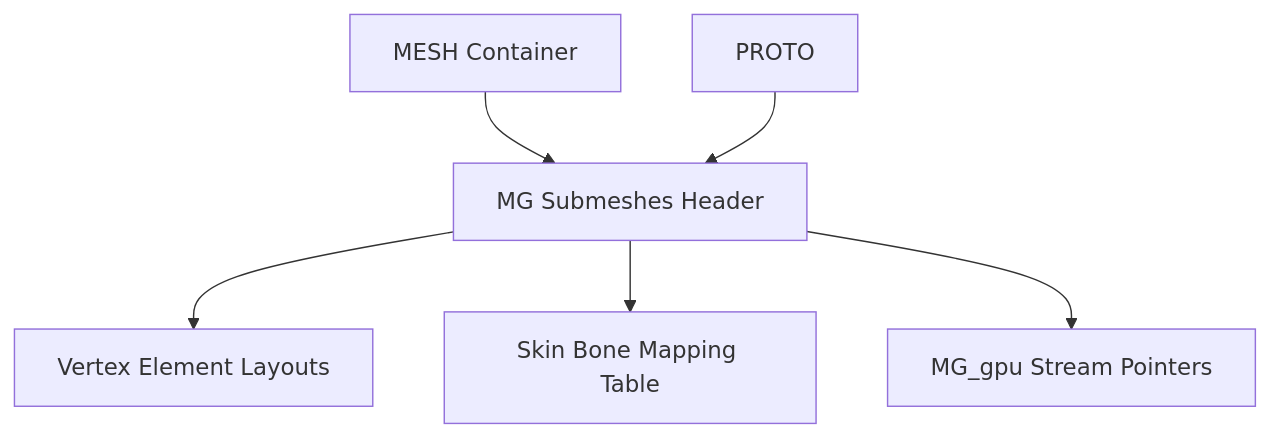
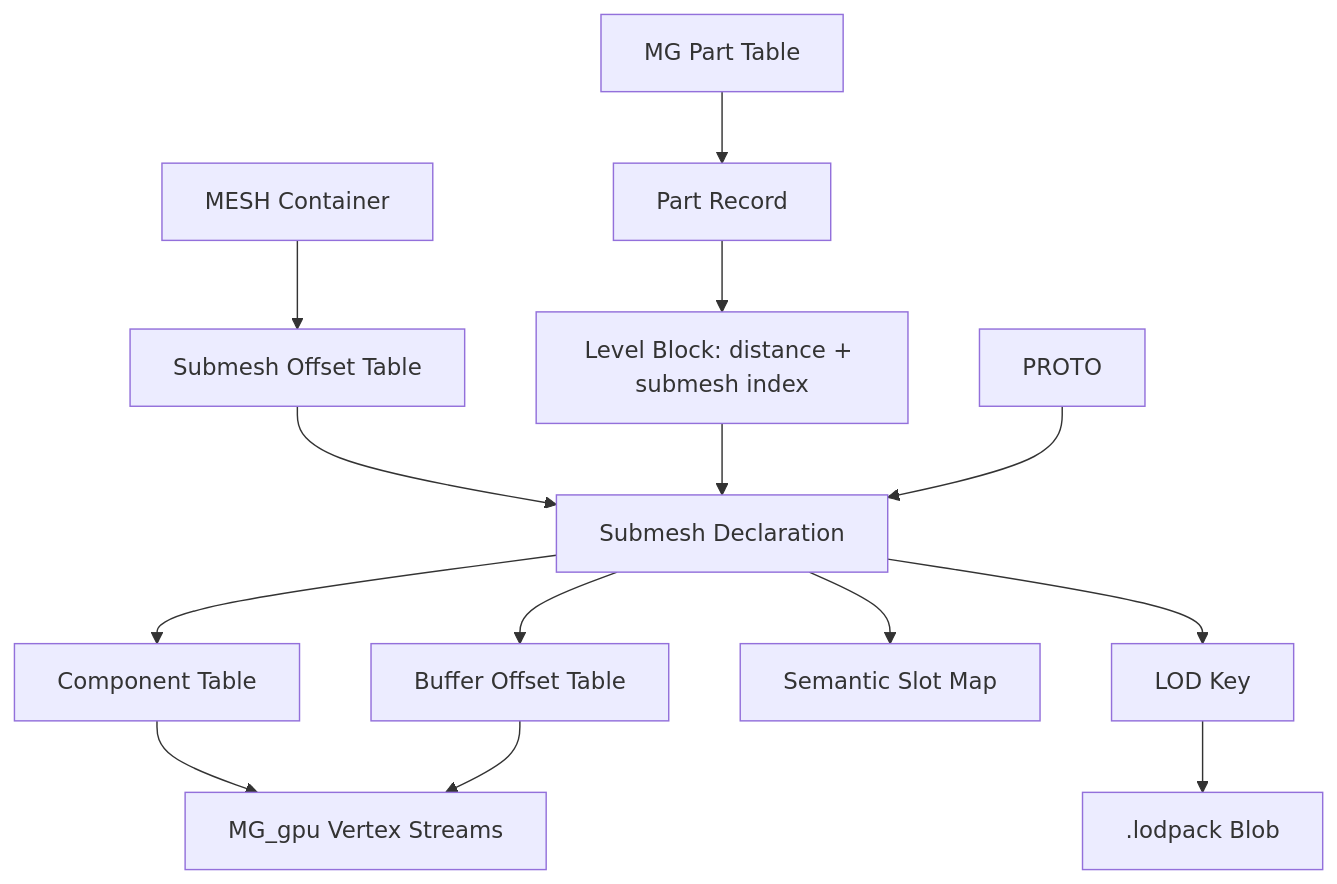
One commit to JeanxPereira/GoWToolkit changed the diagram in docs/GoWRknk/Formats/Mesh.md. Above: the diagram before and after it, drawn with Mermaid. The commit also changed other lines of this file and 2 other files, not shown here.

First line of the commit message:
docs(gowr): Document mesh, LOD and lodpack layouts

````diff
--- a/docs/GoWRknk/Formats/Mesh.md
+++ b/docs/GoWRknk/Formats/Mesh.md
@@ -14,8 +19,15 @@
 ```mermaid
 graph TD
-    MESH[MESH Container] --> MG[MG Submeshes Header]
-    MG --> VertLayout[Vertex Element Layouts]
-    MG --> Skin[Skin Bone Mapping Table]
-    MG --> MG_GPU[MG_gpu Stream Pointers]
-    PROTO[PROTO] --> MG
+    MESH[MESH Container] --> Table[Submesh Offset Table]
+    Table --> SM[Submesh Declaration]
+    SM --> Comp[Component Table]
+    SM --> BufOff[Buffer Offset Table]
+    SM --> Slots[Semantic Slot Map]
+    Comp --> Streams[MG_gpu Vertex Streams]
+    BufOff --> Streams
+    SM --> LodKey[LOD Key] --> Pack[.lodpack Blob]
+    MG[MG Part Table] --> Part[Part Record]
+    Part --> Level[Level Block: distance + submesh index]
+    Level --> SM
+    PROTO[PROTO] --> SM
 ```
````
